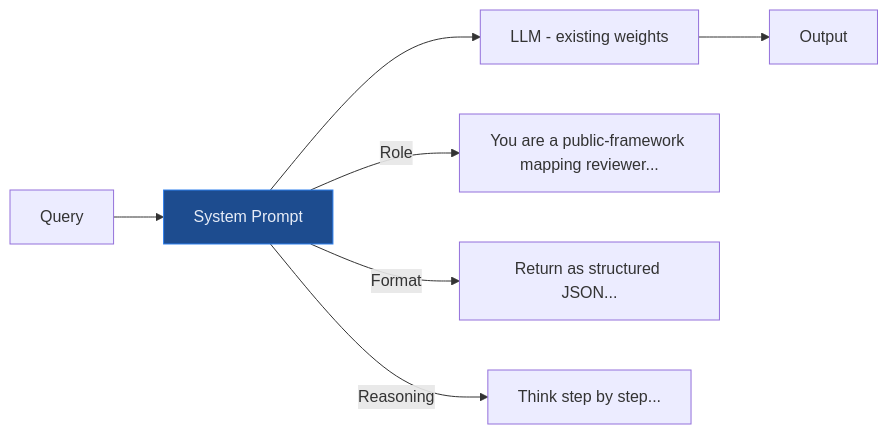
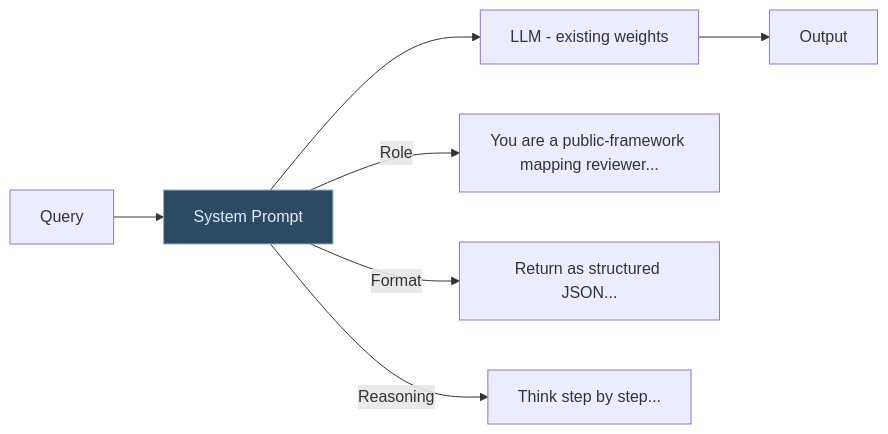
Before and after one commit to lorvexai/lorvexai: the second of 6 diagrams in blog/fine-tuning-vs-rag-vs-prompting.md, drawn with Mermaid. The commit also changed other lines of this file and 16 other files, not shown here.

First line of the commit message:
Retune hardcoded Mermaid node colors to match the site palette

````diff
--- a/blog/fine-tuning-vs-rag-vs-prompting.md
+++ b/blog/fine-tuning-vs-rag-vs-prompting.md
@@ -83,12 +83,12 @@
 ```mermaid
 flowchart LR
     Q[Query] --> SP[System Prompt]
     SP --> LLM[LLM - existing weights]
     LLM --> O[Output]
 
     SP --> |Role| R["You are a public-framework mapping reviewer..."]
     SP --> |Format| F["Return as structured JSON..."]
     SP --> |Reasoning| RE["Think step by step..."]
 
-    style SP fill:#1D4C8F,stroke:#2F80ED,color:#E6ECF7
+    style SP fill:#2C4A63,stroke:#8FB2CC,color:#E6ECF7
 ```
````
